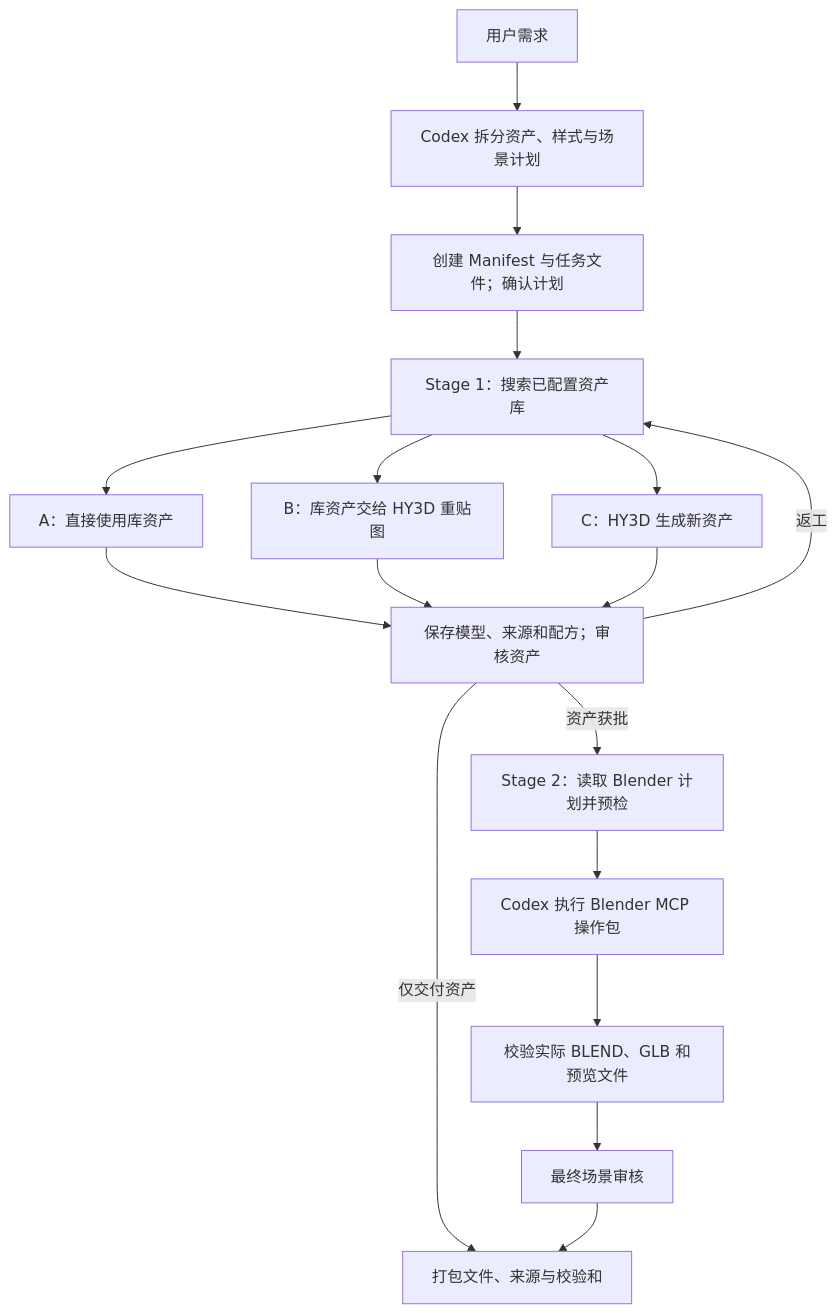
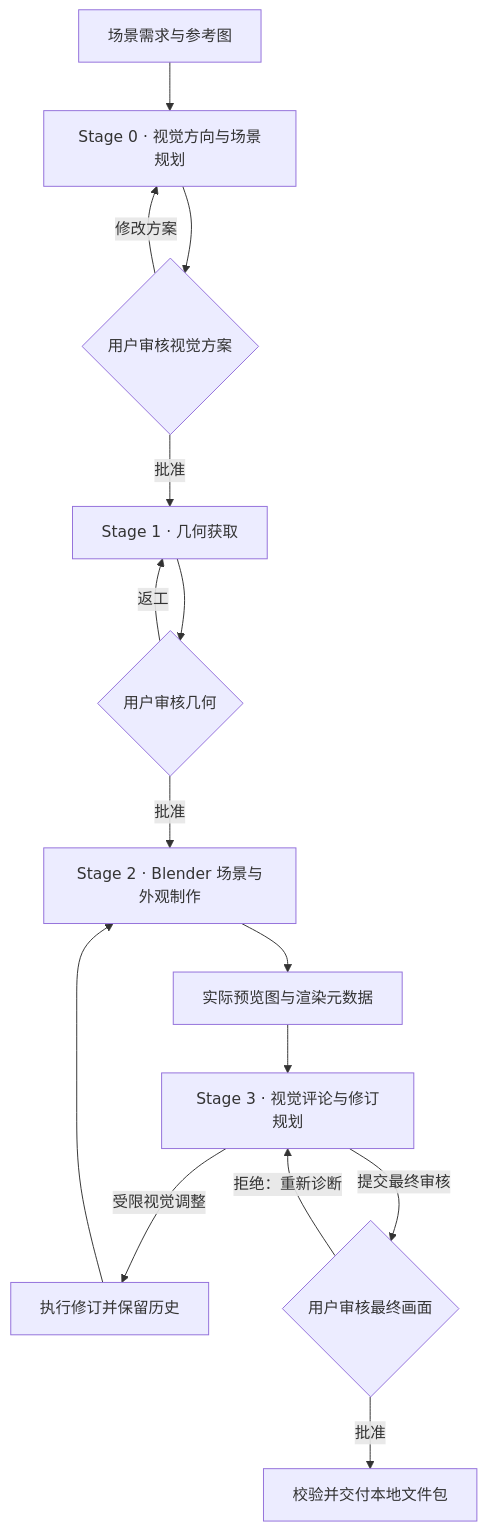
One commit to shimamura-sakura1/3D-2stages changed the diagram in README.md. Above: the diagram before and after it, drawn with Mermaid. The commit also changed other lines of this file and 163 other files, not shown here.

````diff
--- a/README.md
+++ b/README.md
@@ -11,19 +17,17 @@
 ```mermaid
 flowchart TD
-    U[用户需求] --> P[Codex 拆分资产、样式与场景计划]
-    P --> M[创建 Manifest 与任务文件；确认计划]
-    M --> S[Stage 1：搜索已配置资产库]
-    S --> A[A：直接使用库资产]
-    S --> B[B：库资产交给 HY3D 重贴图]
-    S --> C[C：HY3D 生成新资产]
-    A --> R[保存模型、来源和配方；审核资产]
-    B --> R
-    C --> R
-    R -->|返工| S
-    R -->|仅交付资产| D[打包文件、来源与校验和]
-    R -->|资产获批| L[Stage 2：读取 Blender 计划并预检]
-    L --> MCP[Codex 执行 Blender MCP 操作包]
-    MCP --> F[校验实际 BLEND、GLB 和预览文件]
-    F --> V[最终场景审核]
-    V --> D
+    U[场景需求与参考图] --> S0[Stage 0 · 视觉方向与场景规划]
+    S0 --> A0{用户审核视觉方案}
+    A0 -->|修改方案| S0
+    A0 -->|批准| S1[Stage 1 · 几何获取]
+    S1 --> A1{用户审核几何}
+    A1 -->|返工| S1
+    A1 -->|批准| S2[Stage 2 · Blender 场景与外观制作]
+    S2 --> P[实际预览图与渲染元数据]
+    P --> S3[Stage 3 · 视觉评论与修订规划]
+    S3 -->|受限视觉调整| R[执行修订并保留历史]
+    R --> S2
+    S3 -->|提交最终审核| F{用户审核最终画面}
+    F -->|拒绝：重新诊断| S3
+    F -->|批准| D[校验并交付本地文件包]
 ```
````
